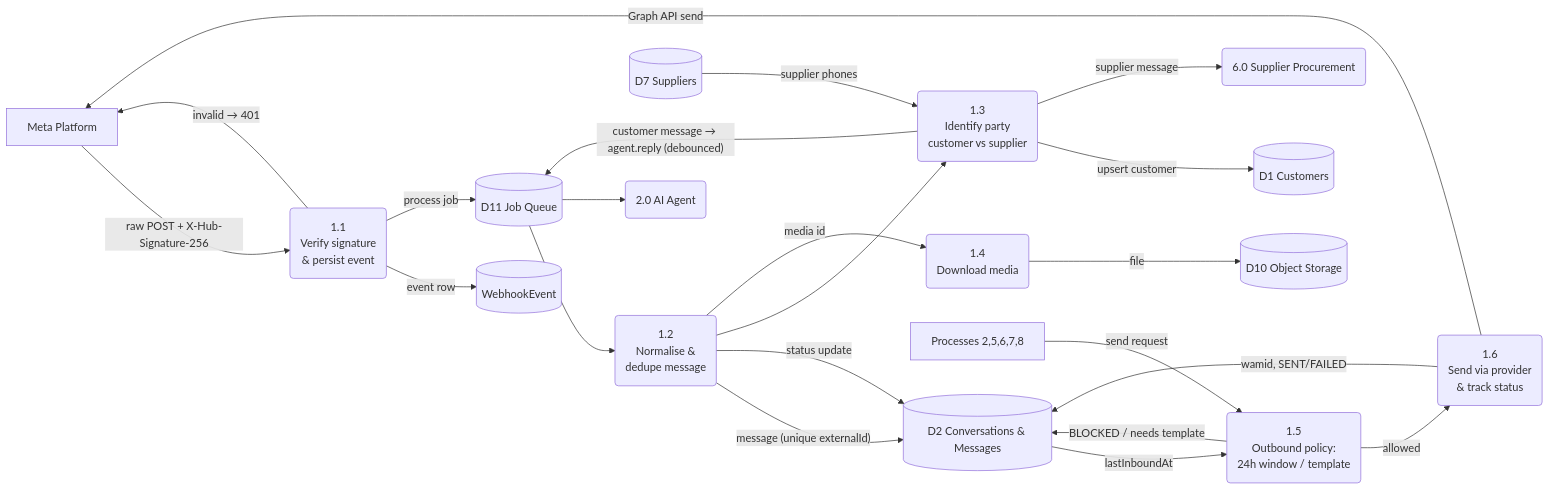
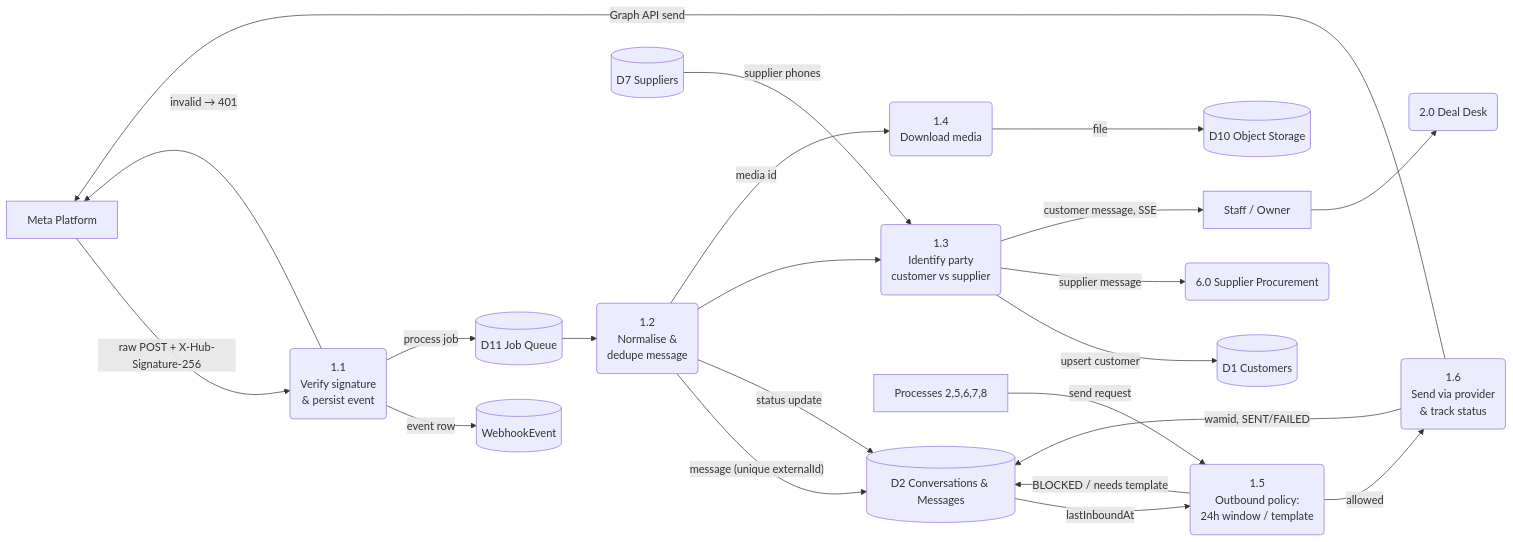
The third of 8 diagrams in docs/02-DFD.md (Aryadev2005/lavigo-os), drawn with Mermaid before and after one commit. The commit also changed other lines of this file and 7 other files, not shown here.

````diff
--- a/docs/02-DFD.md
+++ b/docs/02-DFD.md
@@ -183,41 +178,42 @@
 ```mermaid
 flowchart LR
   META[Meta Platform]
   P11(1.1<br/>Verify signature<br/>& persist event)
   P12(1.2<br/>Normalise &<br/>dedupe message)
   P13(1.3<br/>Identify party<br/>customer vs supplier)
   P14(1.4<br/>Download media)
   P15(1.5<br/>Outbound policy:<br/>24h window / template)
   P16(1.6<br/>Send via provider<br/>& track status)
   D2[(D2 Conversations & Messages)]
   D1[(D1 Customers)]
   D7[(D7 Suppliers)]
   D10[(D10 Object Storage)]
   D11[(D11 Job Queue)]
   WH[(WebhookEvent)]
-  P2(2.0 AI Agent)
+  P2(2.0 Deal Desk)
+  STF[Staff / Owner]
   P6(6.0 Supplier Procurement)
   SRC[Processes 2,5,6,7,8]
 
   META -- raw POST + X-Hub-Signature-256 --> P11
   P11 -- invalid → 401 --> META
   P11 -- event row --> WH
   P11 -- process job --> D11
   D11 --> P12
   P12 -- message (unique externalId) --> D2
   P12 -- status update --> D2
   P12 --> P13
   D7 -- supplier phones --> P13
   P13 -- upsert customer --> D1
   P13 -- supplier message --> P6
-  P13 -- customer message → agent.reply (debounced) --> D11
-  D11 --> P2
+  P13 -- customer message, SSE --> STF
+  STF --> P2
   P12 -- media id --> P14
   P14 -- file --> D10
   SRC -- send request --> P15
   D2 -- lastInboundAt --> P15
   P15 -- BLOCKED / needs template --> D2
   P15 -- allowed --> P16
   P16 -- Graph API send --> META
   P16 -- wamid, SENT/FAILED --> D2
 ```
````
